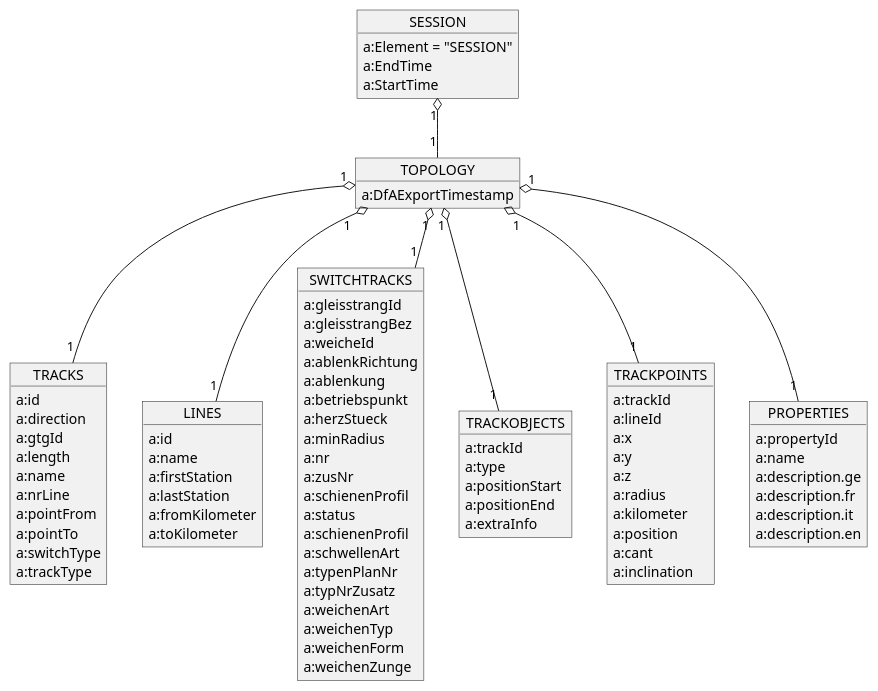
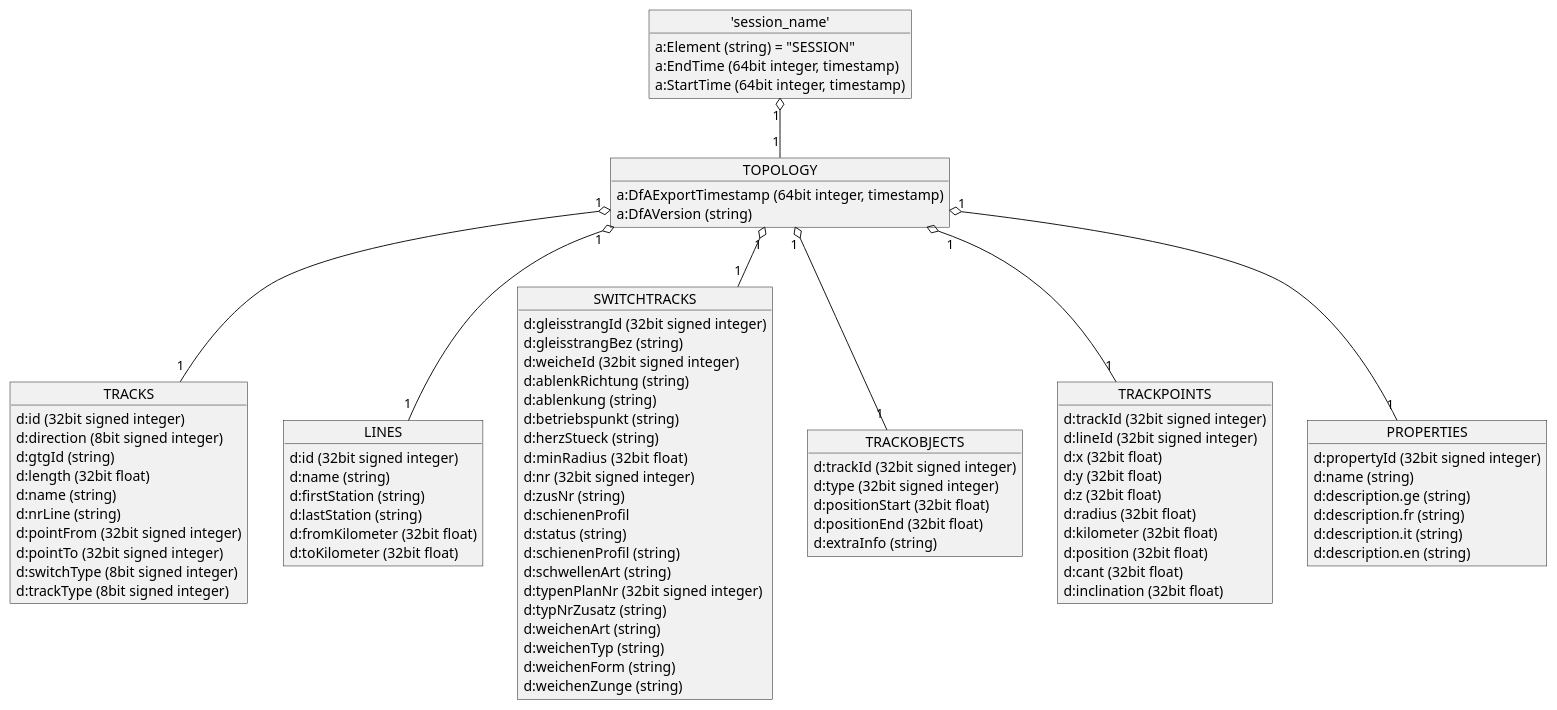
Before and after one commit to OpenRailAssociation/rcm-dx: the fourth of 9 diagrams in images.puml, drawn with PlantUML. The commit also changed other lines of this file and 8 other files, not shown here.

```diff
--- a/images.puml
+++ b/images.puml
@@ -166,96 +169,98 @@
 @startuml RCM_DX_Topology_overview
 
-  object SESSION {
-    a:Element = "SESSION"
-    a:EndTime
-    a:StartTime
+  object "'session_name'" as session_name {
+    a:Element (string) = "SESSION"
+    a:EndTime (64bit integer, timestamp)
+    a:StartTime (64bit integer, timestamp)
   }
 
   object TOPOLOGY {
-    a:DfAExportTimestamp
+    a:DfAExportTimestamp (64bit integer, timestamp)
+    a:DfAVersion (string)
   }
 
   object TRACKS {
-    a:id
-    a:direction
-    a:gtgId
-    a:length
-    a:name
-    a:nrLine
-    a:pointFrom
-    a:pointTo
-    a:switchType
-    a:trackType
+    d:id (32bit signed integer)
+    d:direction (8bit signed integer)
+    d:gtgId (string)
+    d:length (32bit float)
+    d:name (string)
+    d:nrLine (string)
+    d:pointFrom (32bit signed integer)
+    d:pointTo (32bit signed integer)
+    d:switchType (8bit signed integer)
+    d:trackType (8bit signed integer)
   }
+
   object LINES {
-    a:id
-    a:name
-    a:firstStation
-    a:lastStation
-    a:fromKilometer
-    a:toKilometer
+    d:id (32bit signed integer)
+    d:name (string)
+    d:firstStation (string)
+    d:lastStation (string)
+    d:fromKilometer (32bit float)
+    d:toKilometer (32bit float)
   }
 
   object SWITCHTRACKS {
-    a:gleisstrangId
-    a:gleisstrangBez
-    a:weicheId
-    a:ablenkRichtung
-    a:ablenkung
-    a:betriebspunkt
-    a:herzStueck
-    a:minRadius
-    a:nr
-    a:zusNr
-    a:schienenProfil
-    a:status
-    a:schienenProfil
-    a:schwellenArt
-    a:typenPlanNr
-    a:typNrZusatz
-    a:weichenArt
-    a:weichenTyp
-    a:weichenForm
-    a:weichenZunge
+    d:gleisstrangId (32bit signed integer)
+    d:gleisstrangBez (string)
+    d:weicheId (32bit signed integer)
+    d:ablenkRichtung (string)
+    d:ablenkung (string)
+    d:betriebspunkt (string)
+    d:herzStueck (string)
+    d:minRadius  (32bit float)
+    d:nr (32bit signed integer)
+    d:zusNr (string)
+    d:schienenProfil
+    d:status (string)
+    d:schienenProfil (string)
+    d:schwellenArt (string)
+    d:typenPlanNr (32bit signed integer)
+    d:typNrZusatz (string)
+    d:weichenArt (string)
+    d:weichenTyp (string)
+    d:weichenForm (string)
+    d:weichenZunge (string)
   }
 
   object TRACKOBJECTS {
-    a:trackId
-    a:type
-    a:positionStart
-    a:positionEnd
-    a:extraInfo
+    d:trackId (32bit signed integer)
+    d:type (32bit signed integer)
+    d:positionStart (32bit float)
+    d:positionEnd (32bit float)
+    d:extraInfo (string)
   }
 
   object TRACKPOINTS {
-    a:trackId
-    a:lineId
-    a:x
-    a:y
-    a:z
-    a:radius
-    a:kilometer
-    a:position
-    a:cant
-    a:inclination
+    d:trackId (32bit signed integer)
+    d:lineId (32bit signed integer)
+    d:x (32bit float)
+    d:y (32bit float)
+    d:z (32bit float)
+    d:radius (32bit float)
+    d:kilometer (32bit float)
+    d:position (32bit float)
+    d:cant (32bit float)
+    d:inclination (32bit float)
   }
 
   object PROPERTIES {
-    a:propertyId
-    a:name
-    a:description.ge
-    a:description.fr 
-    a:description.it
-    a:description.en
+    d:propertyId (32bit signed integer)
+    d:name (string)
+    d:description.ge (string)
+    d:description.fr (string)
+    d:description.it (string)
+    d:description.en (string)
   }
 
-  SESSION "1" o-- "1" TOPOLOGY
+  session_name "1" o-- "1" TOPOLOGY
 
   TOPOLOGY "1" o-- "1" TRACKS
   TOPOLOGY "1" o-- "1" LINES
   TOPOLOGY "1" o-- "1" SWITCHTRACKS
   TOPOLOGY "1" o-- "1" TRACKOBJECTS
   TOPOLOGY "1" o-- "1" TRACKPOINTS
   TOPOLOGY "1" o-- "1" PROPERTIES
 
 @enduml
```
